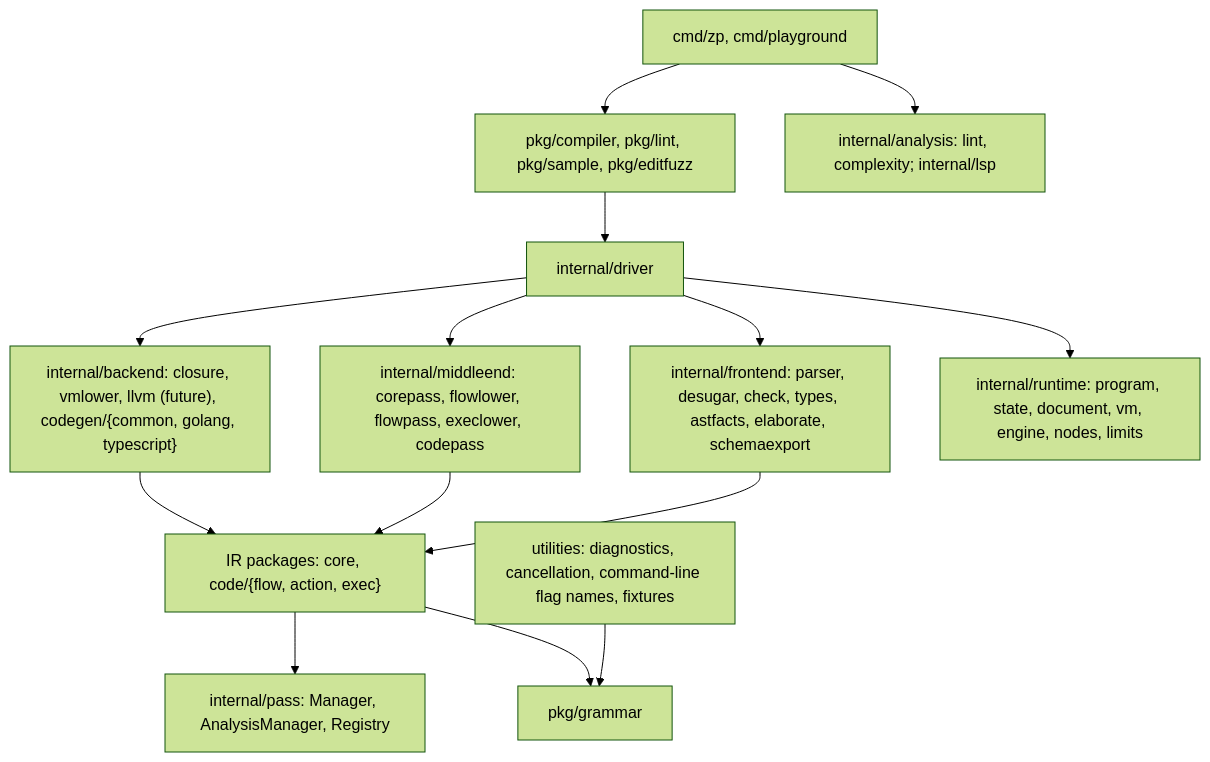
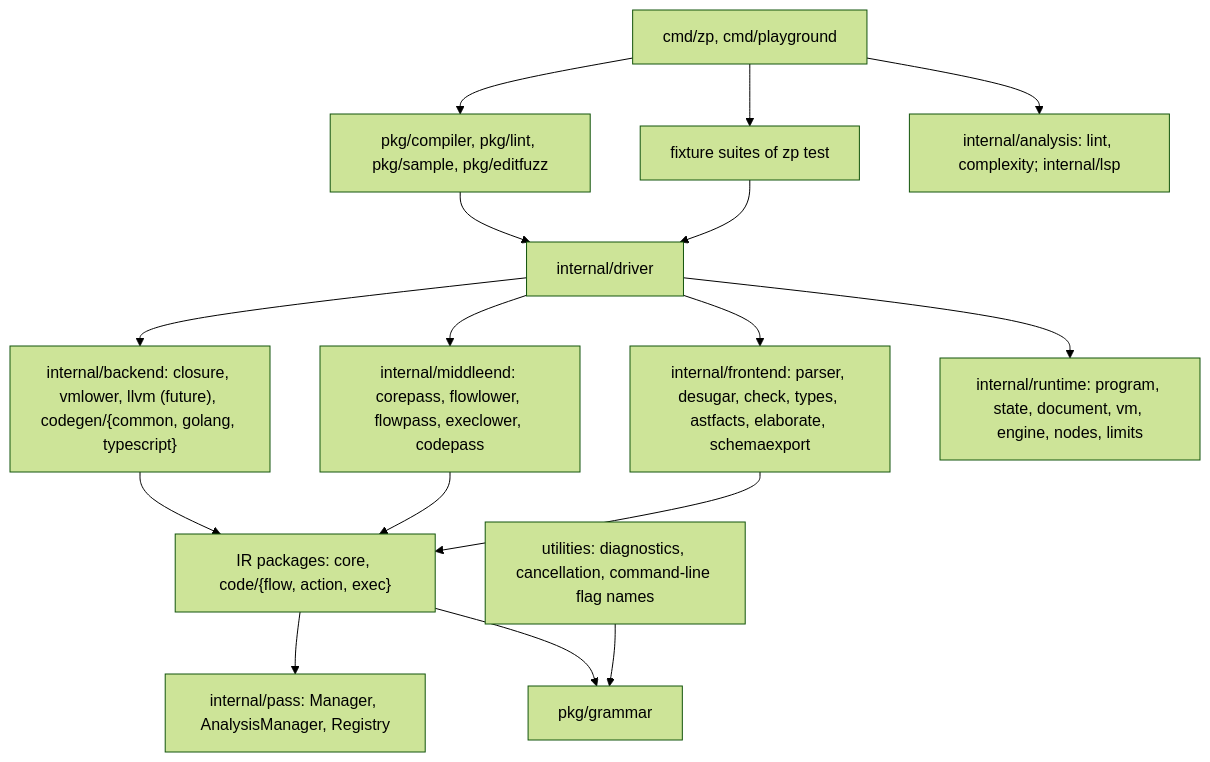
Before and after one commit to syntaxir/syntaxir: the diagram in docs/design/records/072-release-package-layout.md, drawn with Mermaid (forest theme). The commit also changed other lines of this file, not shown here.

First line of the commit message:
Correct the fixture layer and the front end output in the layout record

````diff
--- a/docs/design/records/072-release-package-layout.md
+++ b/docs/design/records/072-release-package-layout.md
@@ -127,16 +130,17 @@
 ```mermaid
 flowchart TD
   cmd["cmd/zp, cmd/playground"] --> pub["pkg/compiler, pkg/lint, pkg/sample, pkg/editfuzz"]
   pub --> driver["internal/driver"]
+  cmd --> fixture["fixture suites of zp test"] --> driver
   driver --> backend["internal/backend: closure, vmlower, llvm (future), codegen/{common, golang, typescript}"]
   driver --> middle["internal/middleend: corepass, flowlower, flowpass, execlower, codepass"]
   driver --> front["internal/frontend: parser, desugar, check, types, astfacts, elaborate, schemaexport"]
   middle --> ir["IR packages: core, code/{flow, action, exec}"]
   backend --> ir
   front --> ir
   ir --> pass["internal/pass: Manager, AnalysisManager, Registry"]
-  util["utilities: diagnostics, cancellation, command-line flag names, fixtures"] --> gram["pkg/grammar"]
+  util["utilities: diagnostics, cancellation, command-line flag names"] --> gram["pkg/grammar"]
   ir --> gram
   cmd --> analysis["internal/analysis: lint, complexity; internal/lsp"]
   driver --> rt["internal/runtime: program, state, document, vm, engine, nodes, limits"]
 ```
````
